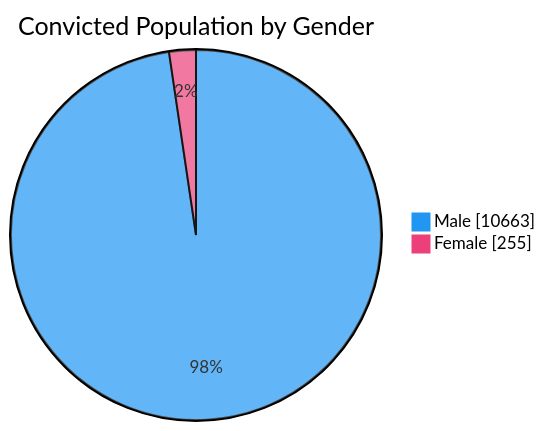
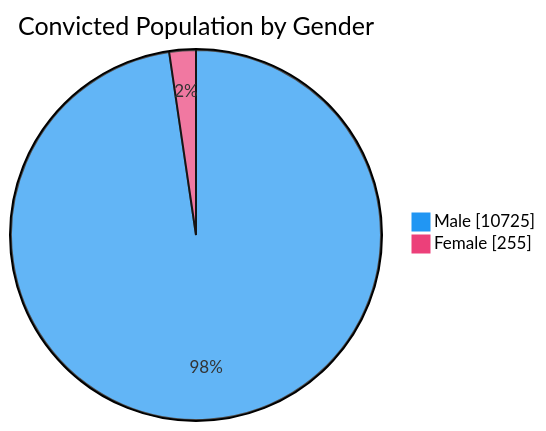
One commit to nuuuwan/lk_prisons changed the third of 7 diagrams in README.md. Above: the diagram before and after it, drawn with Mermaid. The commit also changed other lines of this file and 1 other file, not shown here.

````diff
--- a/README.md
+++ b/README.md
@@ -65,6 +65,6 @@
 ```mermaid
 %%{init: {'themeVariables': {'pie1': '#2196F3', 'pie2': '#EC407A'}}}%%
 pie showData title Convicted Population by Gender
-    "Male" : 10663
+    "Male" : 10725
     "Female" : 255
 ```
````
